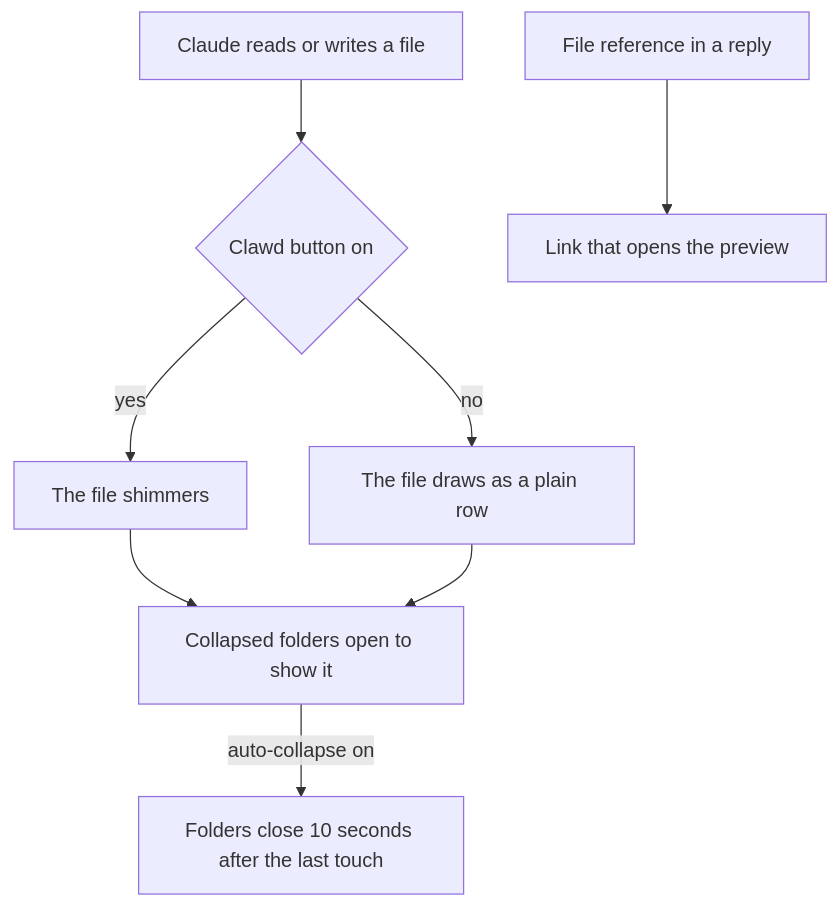
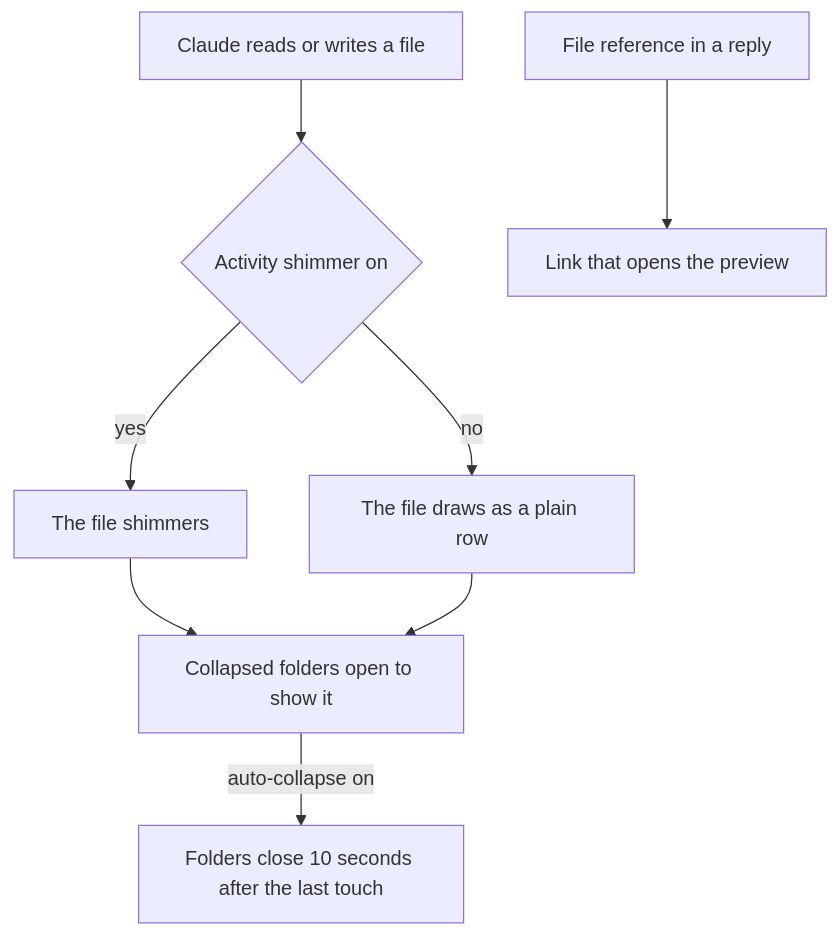
One commit to data-goblin/claude-code-filetree changed the diagram in docs/activity.md. Above: the diagram before and after it, drawn with Mermaid. The commit also changed other lines of this file and 4 other files, not shown here.

Commit message:
Fix(activity): Activity shimmer setting replaces the stored toggle; Clawd button only in the Desktop app

````diff
--- a/docs/activity.md
+++ b/docs/activity.md
@@ -3,10 +3,10 @@
 ```mermaid
 flowchart TB
-  A[Claude reads or writes a file] --> S{Clawd button on}
+  A[Claude reads or writes a file] --> S{Activity shimmer on}
   S -->|yes| B[The file shimmers]
   S -->|no| P[The file draws as a plain row]
   B --> C[Collapsed folders open to show it]
   P --> C
   C -->|auto-collapse on| D[Folders close 10 seconds after the last touch]
   E[File reference in a reply] --> F[Link that opens the preview]
 ```
````
